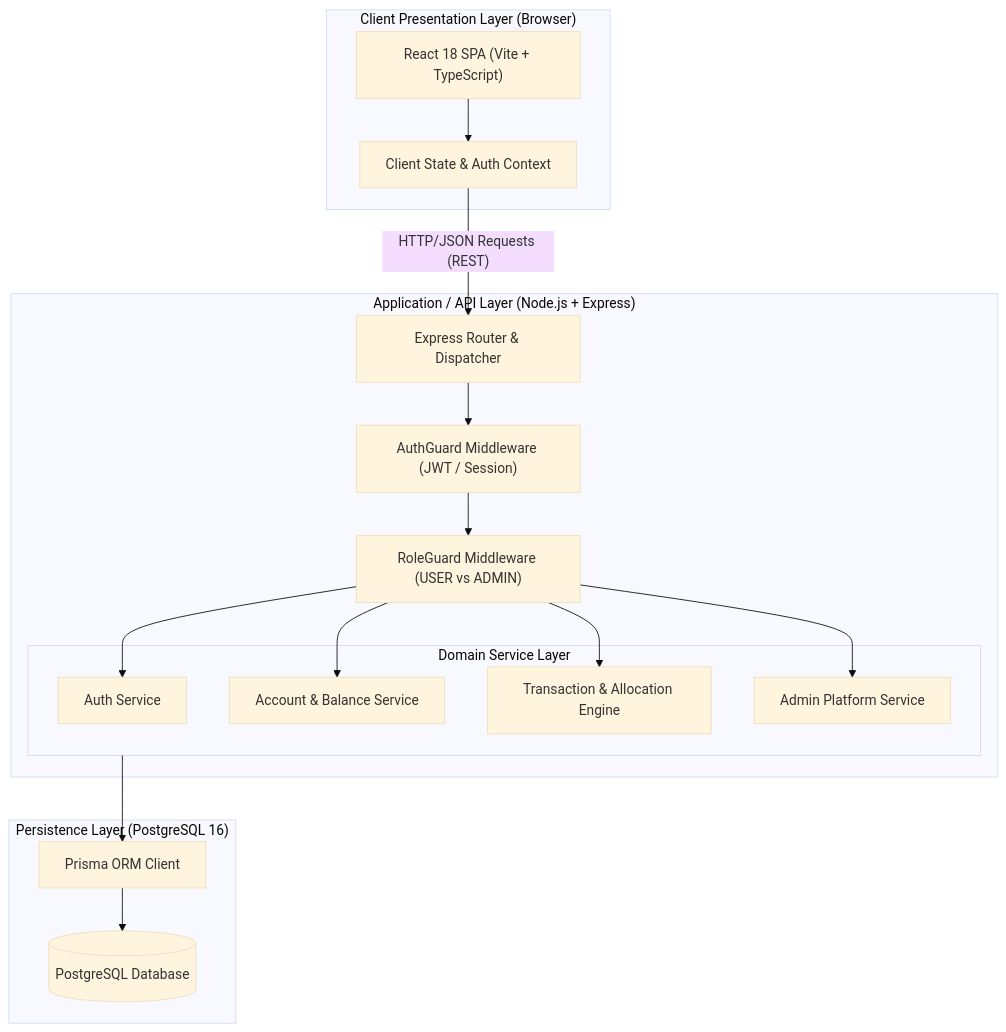
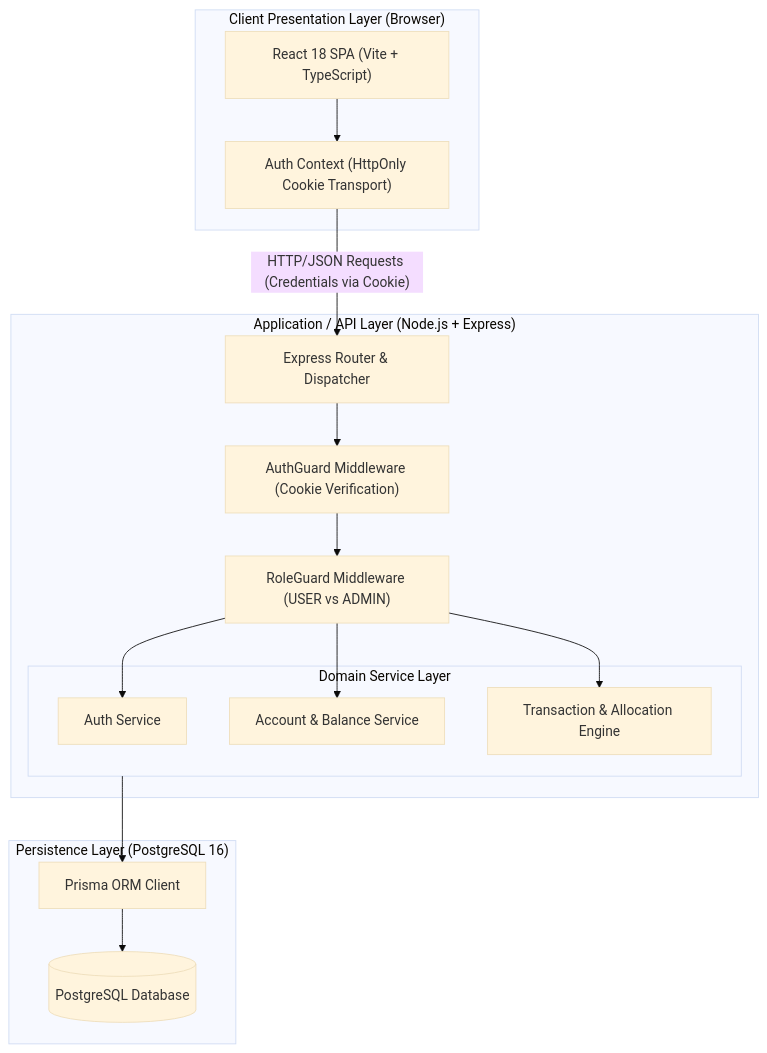
The first of 3 diagrams in docs/system-sds.md (Pilaiwan3492/Whatsss-PMandELS), drawn with Mermaid (base theme) before and after one commit. The commit also changed other lines of this file and 15 other files, not shown here.

````diff
--- a/docs/system-sds.md
+++ b/docs/system-sds.md
@@ -24,37 +24,35 @@
 ```mermaid
 flowchart TD
     subgraph ClientLayer ["Client Presentation Layer (Browser)"]
         UI["React 18 SPA (Vite + TypeScript)"]
-        State["Client State & Auth Context"]
-        UI --> State
+        UIAuth["Auth Context (HttpOnly Cookie Transport)"]
+        UI --> UIAuth
     end
 
     subgraph ServerLayer ["Application / API Layer (Node.js + Express)"]
         Router["Express Router & Dispatcher"]
-        AuthM["AuthGuard Middleware (JWT / Session)"]
+        AuthM["AuthGuard Middleware (Cookie Verification)"]
         RoleM["RoleGuard Middleware (USER vs ADMIN)"]
         
         subgraph DomainServices ["Domain Service Layer"]
             AuthSvc["Auth Service"]
             AccSvc["Account & Balance Service"]
             TxnSvc["Transaction & Allocation Engine"]
-            AdminSvc["Admin Platform Service"]
         end
         
         Router --> AuthM --> RoleM
         RoleM --> AuthSvc
         RoleM --> AccSvc
         RoleM --> TxnSvc
-        RoleM --> AdminSvc
     end
 
     subgraph DataLayer ["Persistence Layer (PostgreSQL 16)"]
         Prisma["Prisma ORM Client"]
         DB[(PostgreSQL Database)]
         
         DomainServices --> Prisma
         Prisma --> DB
     end
 
-    State -- "HTTP/JSON Requests (REST)" --> Router
+    UIAuth -- "HTTP/JSON Requests (Credentials via Cookie)" --> Router
 ```
````
